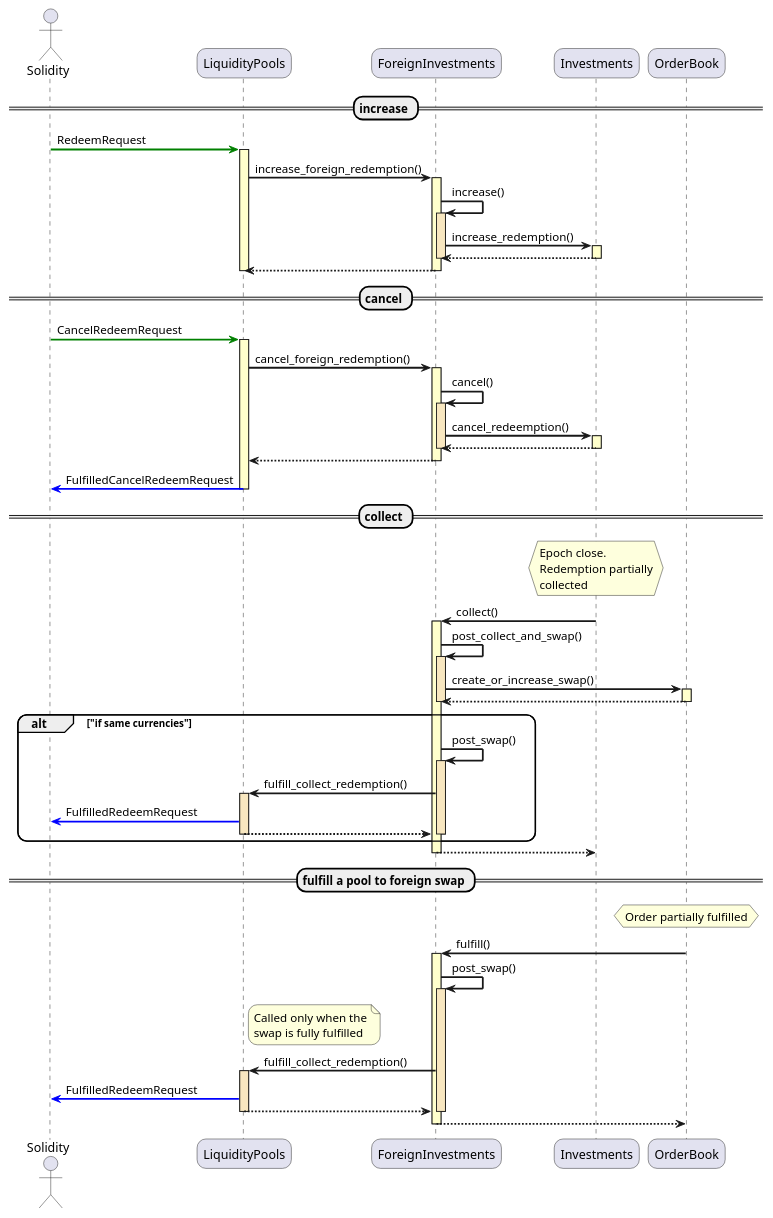
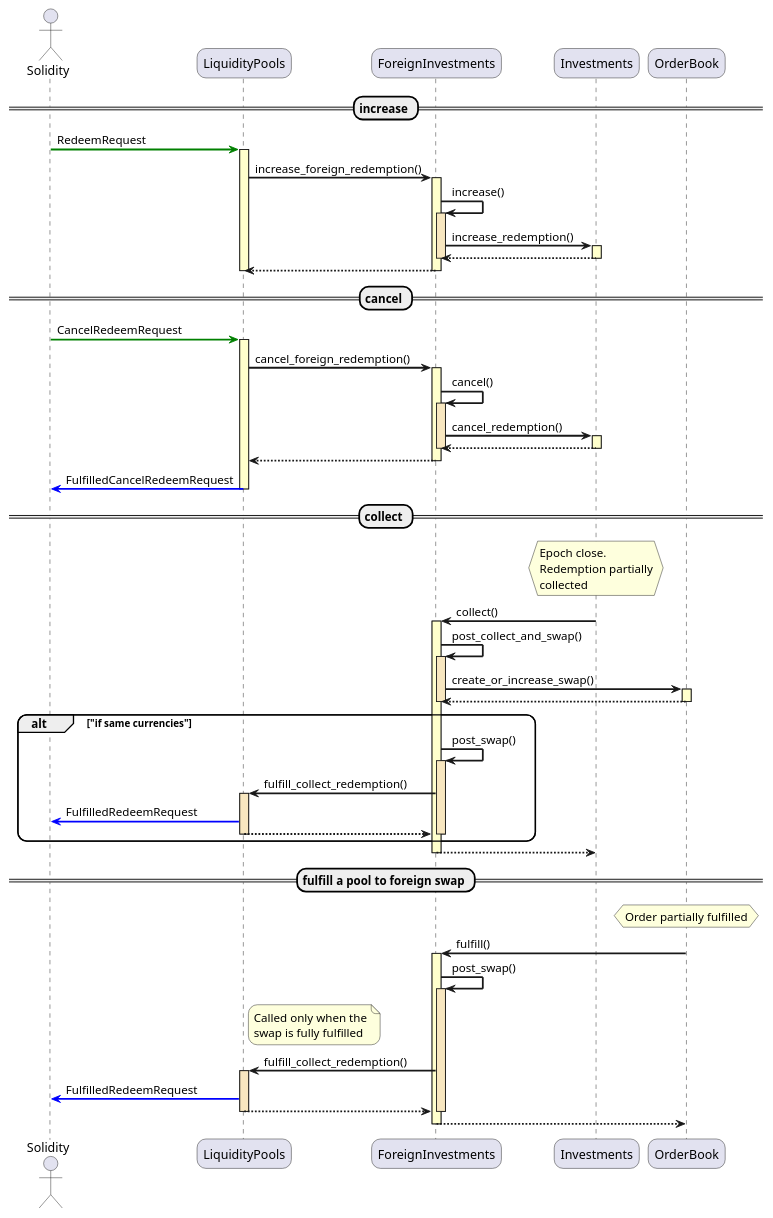
Before and after one commit to centrifuge/centrifuge-chain: the third of 3 diagrams in pallets/foreign-investments/docs/sequences.md, drawn with PlantUML. The commit also changed other lines of this file, not shown here.

First line of the commit message:
Update sequences.md

````diff
--- a/pallets/foreign-investments/docs/sequences.md
+++ b/pallets/foreign-investments/docs/sequences.md
@@ -146,73 +146,73 @@
 ```plantuml
 @startuml
 skinparam sequenceArrowThickness 2
 skinparam roundcorner 20
 skinparam sequence {
   LifeLineBackgroundColor #Business
 }
 
 actor Solidity
 participant LiquidityPools as LP
 participant ForeignInvestments as FI
 participant Investments
 participant OrderBook
 
 == increase ==
 Solidity -[#Green]> LP : RedeemRequest
 activate LP
 LP -> FI ++ : increase_foreign_redemption()
 FI -> FI : increase()
 activate FI #Strategy
 FI -> Investments ++ : increase_redemption()
 FI <-- Investments --
 deactivate FI
 LP <-- FI --
 deactivate LP
 
 == cancel ==
 Solidity -[#Green]> LP : CancelRedeemRequest
 activate LP
 LP -> FI ++ : cancel_foreign_redemption()
 FI -> FI : cancel()
 activate FI #Strategy
-FI -> Investments ++ : cancel_redeemption()
+FI -> Investments ++ : cancel_redemption()
 FI <-- Investments --
 deactivate FI
 LP <-- FI --
 Solidity <[#Blue]- LP : FulfilledCancelRedeemRequest
 deactivate LP
 
 == collect ==
 hnote over Investments : Epoch close.\nRedemption partially\ncollected
 FI <- Investments ++ : collect()
 FI -> FI : post_collect_and_swap()
 activate FI #Strategy
 FI -> OrderBook ++ : create_or_increase_swap()
 FI <-- OrderBook --
 deactivate FI
 
 alt "if same currencies"
     FI -> FI : post_swap()
     activate FI #Strategy
     LP <- FI ++ #Strategy : fulfill_collect_redemption()
     Solidity <[#Blue]- LP : FulfilledRedeemRequest
     LP --> FI --
     deactivate FI
 end
 
 FI --> Investments --
 
 == fulfill a pool to foreign swap ==
 hnote over OrderBook : Order partially fulfilled
 FI <- OrderBook ++ : fulfill()
 FI -> FI : post_swap()
 activate FI #Strategy
 note right of LP : Called only when the\nswap is fully fulfilled
 LP <- FI ++ #Strategy : fulfill_collect_redemption()
 Solidity <[#Blue]- LP : FulfilledRedeemRequest
 LP --> FI --
 deactivate FI
 FI --> OrderBook --
 
 @enduml
 ```
````
